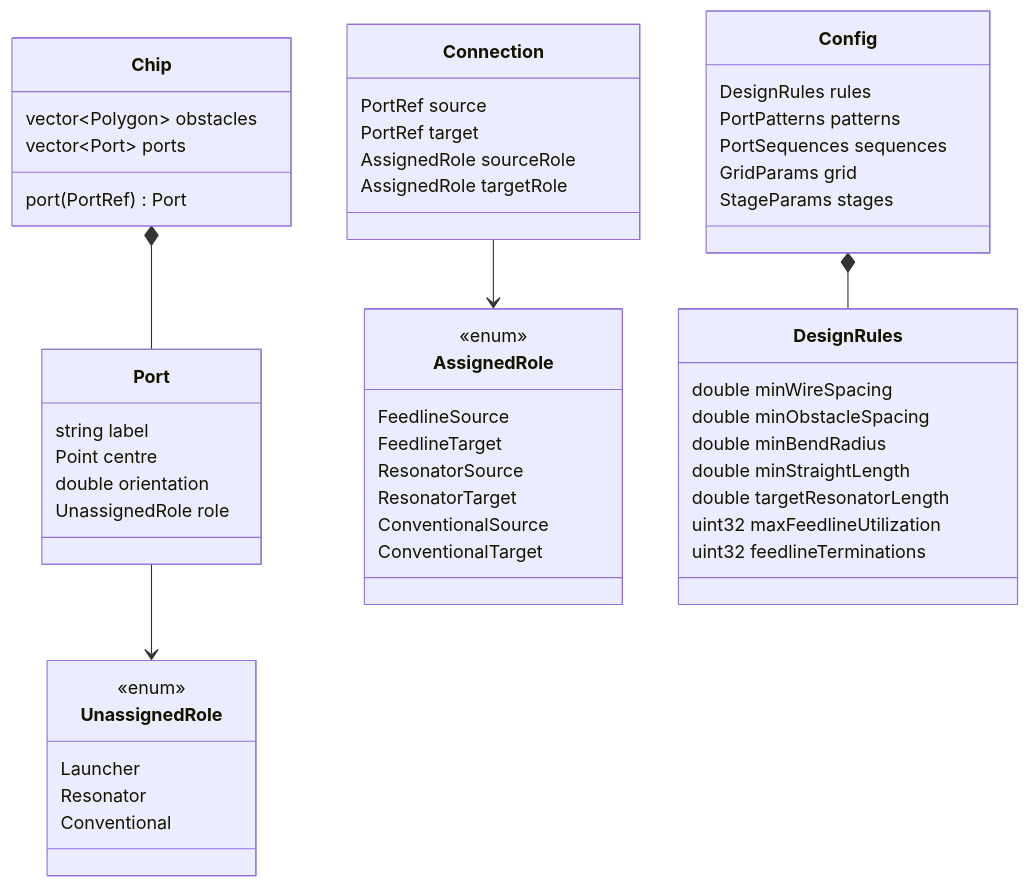
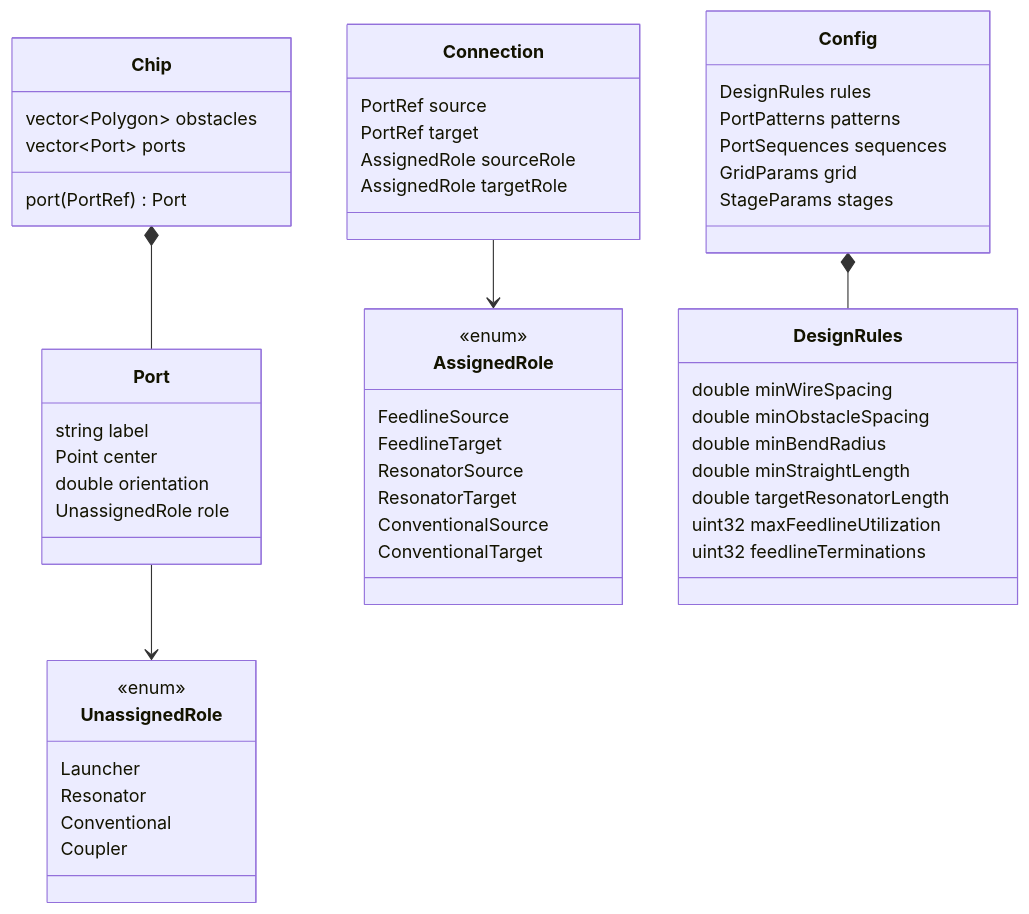
One commit to munich-quantum-toolkit/scpd changed the diagram in docs/design/data-model.md. Above: the diagram before and after it, drawn with Mermaid. The commit also changed other lines of this file and 20 other files, not shown here.

````diff
--- a/docs/design/data-model.md
+++ b/docs/design/data-model.md
@@ -34,56 +35,57 @@
 ```mermaid
 classDiagram
   class Chip {
     vector~Polygon~ obstacles
     vector~Port~ ports
     port(PortRef) Port
   }
   class Port {
     string label
-    Point centre
+    Point center
     double orientation
     UnassignedRole role
   }
   class UnassignedRole {
     <<enum>>
     Launcher
     Resonator
     Conventional
+    Coupler
   }
   class AssignedRole {
     <<enum>>
     FeedlineSource
     FeedlineTarget
     ResonatorSource
     ResonatorTarget
     ConventionalSource
     ConventionalTarget
   }
   class Connection {
     PortRef source
     PortRef target
     AssignedRole sourceRole
     AssignedRole targetRole
   }
   class DesignRules {
     double minWireSpacing
     double minObstacleSpacing
     double minBendRadius
     double minStraightLength
     double targetResonatorLength
     uint32 maxFeedlineUtilization
     uint32 feedlineTerminations
   }
   class Config {
     DesignRules rules
     PortPatterns patterns
     PortSequences sequences
     GridParams grid
     StageParams stages
   }
 
   Chip *-- Port
   Port --> UnassignedRole
   Connection --> AssignedRole
   Config *-- DesignRules
 ```
````
